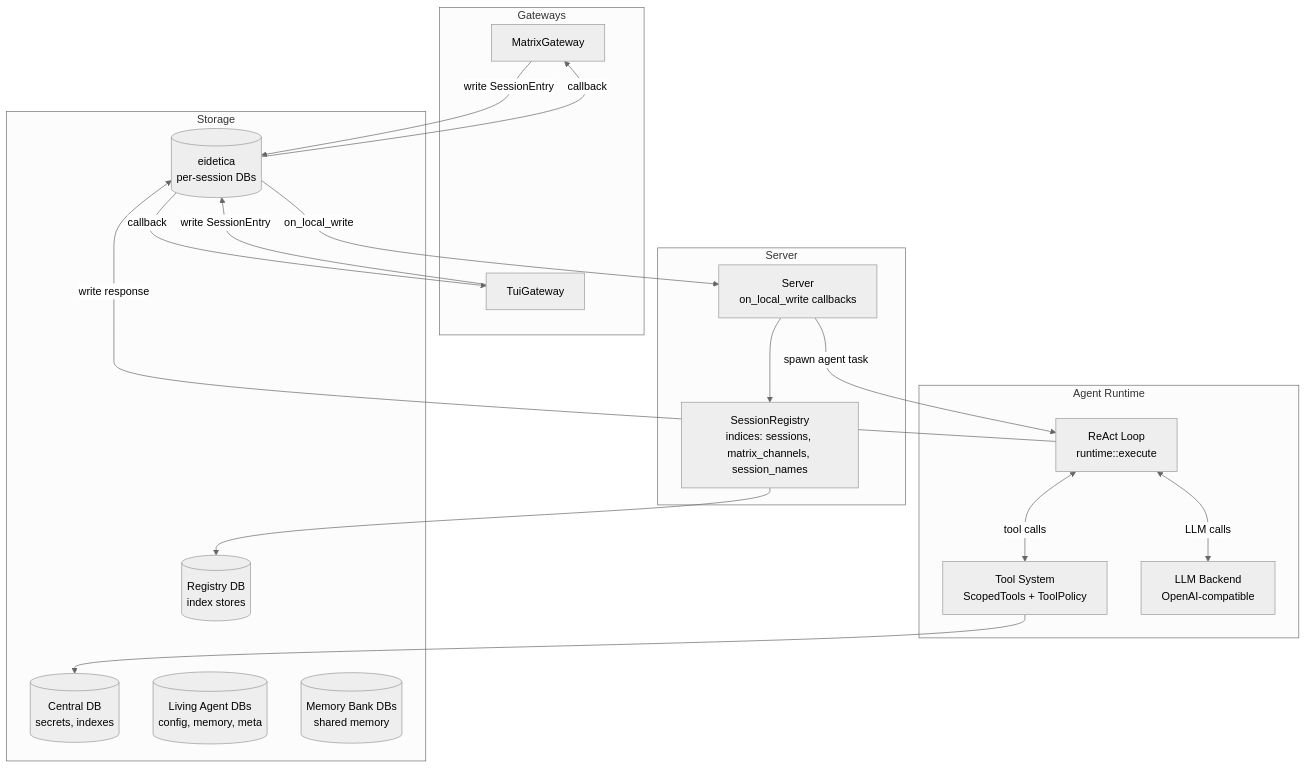
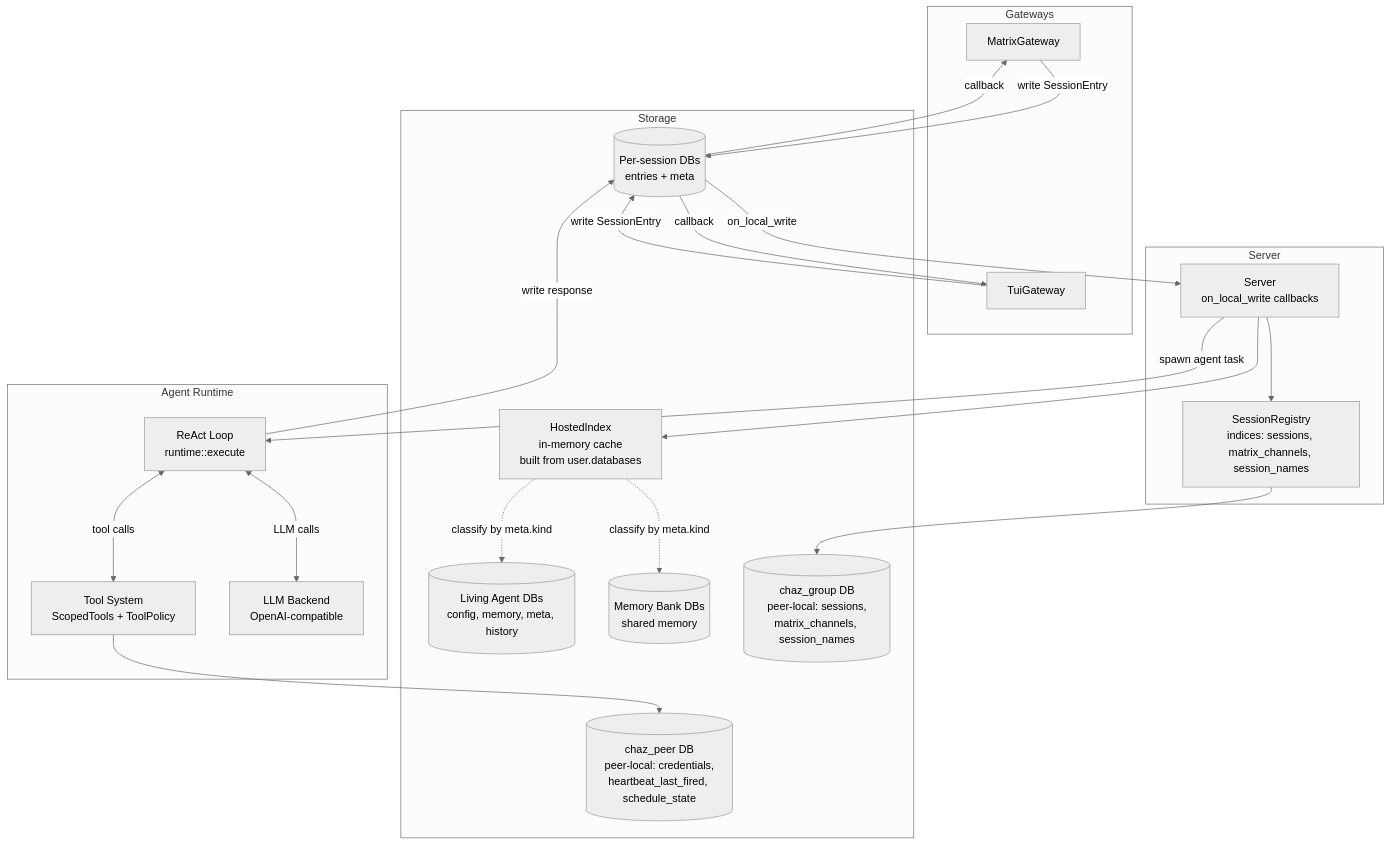
The diagram in docs/src/architecture/overview.md (arcuru/chaz), drawn with Mermaid (neutral theme) before and after one commit. The commit also changed other lines of this file and 2 other files, not shown here.

First line of the commit message:
docs: refresh architecture overview + source layout for Phase 18

````diff
--- a/docs/src/architecture/overview.md
+++ b/docs/src/architecture/overview.md
@@ -7,39 +7,43 @@
 ```mermaid
 graph TD
     subgraph Gateways
         MG[MatrixGateway]
         TG[TuiGateway]
     end
 
     subgraph Server
         SV[Server<br/>on_local_write callbacks]
         SR[SessionRegistry<br/>indices: sessions, matrix_channels, session_names]
     end
 
     subgraph "Agent Runtime"
         RT[ReAct Loop<br/>runtime::execute]
         TS[Tool System<br/>ScopedTools + ToolPolicy]
         LLM[LLM Backend<br/>OpenAI-compatible]
     end
 
     subgraph Storage
-        EI[(eidetica<br/>per-session DBs)]
-        REG[(Registry DB<br/>index stores)]
-        CEN[(Central DB<br/>secrets, indexes)]
-        LA[(Living Agent DBs<br/>config, memory, meta)]
+        EI[(Per-session DBs<br/>entries + meta)]
+        LA[(Living Agent DBs<br/>config, memory, meta, history)]
         MB[(Memory Bank DBs<br/>shared memory)]
+        CG[(chaz_group DB<br/>peer-local: sessions,<br/>matrix_channels, session_names)]
+        CP[(chaz_peer DB<br/>peer-local: credentials,<br/>heartbeat_last_fired, schedule_state)]
+        HI[HostedIndex<br/>in-memory cache<br/>built from user.databases]
     end
 
     MG -->|write SessionEntry| EI
     TG -->|write SessionEntry| EI
     EI -->|on_local_write| SV
     SV -->|spawn agent task| RT
     RT <-->|tool calls| TS
     RT <-->|LLM calls| LLM
     RT -->|write response| EI
     EI -->|callback| MG
     EI -->|callback| TG
     SV --> SR
-    SR --> REG
-    TS --> CEN
+    SR --> CG
+    TS --> CP
+    SV --> HI
+    HI -.->|classify by meta.kind| LA
+    HI -.->|classify by meta.kind| MB
 ```
````
